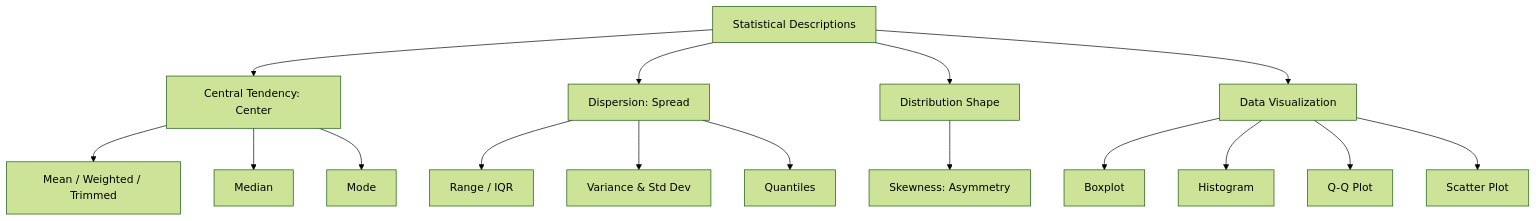
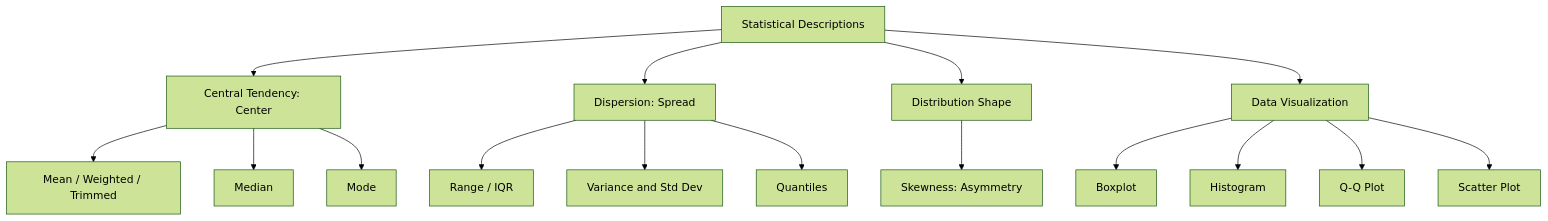
The diagram in notes/data_analysis/Chapter4_Statistical_Descriptions.md (DeepLumiere/DeepSkills), drawn with Mermaid (forest theme) before and after one commit. The commit also changed 23 other files, not shown here.

First line of the commit message:
fix: sanitize all Mermaid 10.x diagrams and expand Microprocessors exam guide

````diff
--- a/notes/data_analysis/Chapter4_Statistical_Descriptions.md
+++ b/notes/data_analysis/Chapter4_Statistical_Descriptions.md
@@ -20,23 +20,23 @@
 ```mermaid
 graph TD
-    Stats[Statistical Descriptions]
-    Stats --> CT[Central Tendency: Center]
-    Stats --> Disp[Dispersion: Spread]
-    Stats --> Shape[Distribution Shape]
-    Stats --> Vis[Data Visualization]
+    Stats["Statistical Descriptions"]
+    Stats --> CT["Central Tendency: Center"]
+    Stats --> Disp["Dispersion: Spread"]
+    Stats --> Shape["Distribution Shape"]
+    Stats --> Vis["Data Visualization"]
 
-    CT --> Mean[Mean / Weighted / Trimmed]
-    CT --> Med[Median]
-    CT --> Mode[Mode]
+    CT --> Mean["Mean / Weighted / Trimmed"]
+    CT --> Med["Median"]
+    CT --> Mode["Mode"]
 
-    Disp --> Range[Range / IQR]
-    Disp --> Var[Variance & Std Dev]
-    Disp --> Quant[Quantiles]
+    Disp --> Range["Range / IQR"]
+    Disp --> Var["Variance and Std Dev"]
+    Disp --> Quant["Quantiles"]
 
-    Shape --> Skew[Skewness: Asymmetry]
+    Shape --> Skew["Skewness: Asymmetry"]
     
-    Vis --> Boxplot[Boxplot]
-    Vis --> Histogram[Histogram]
-    Vis --> QQPlot[Q-Q Plot]
-    Vis --> Scatter[Scatter Plot]
+    Vis --> Boxplot["Boxplot"]
+    Vis --> Histogram["Histogram"]
+    Vis --> QQPlot["Q-Q Plot"]
+    Vis --> Scatter["Scatter Plot"]
 ```
````
